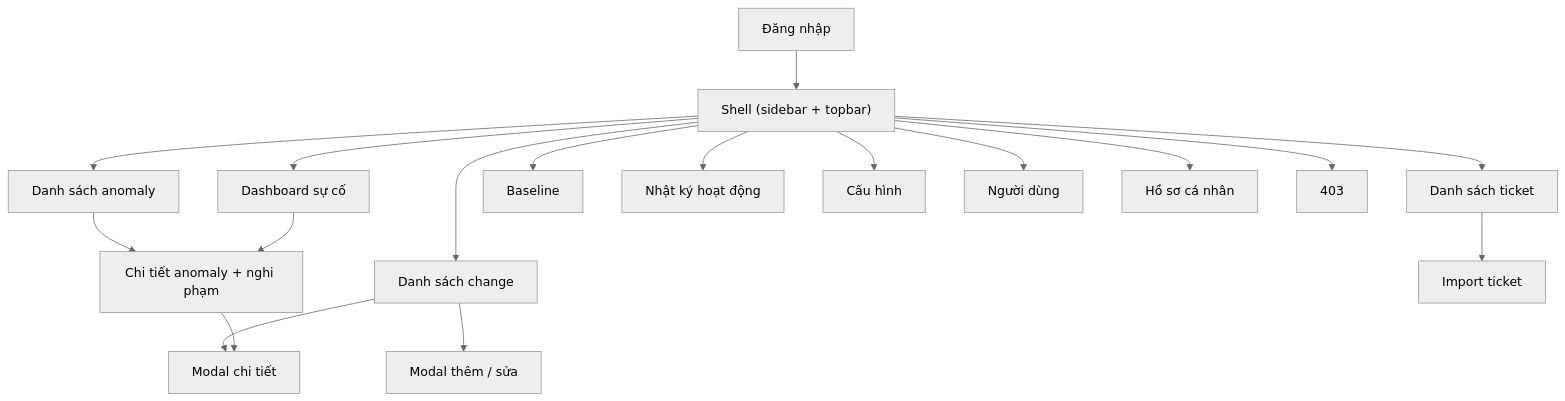
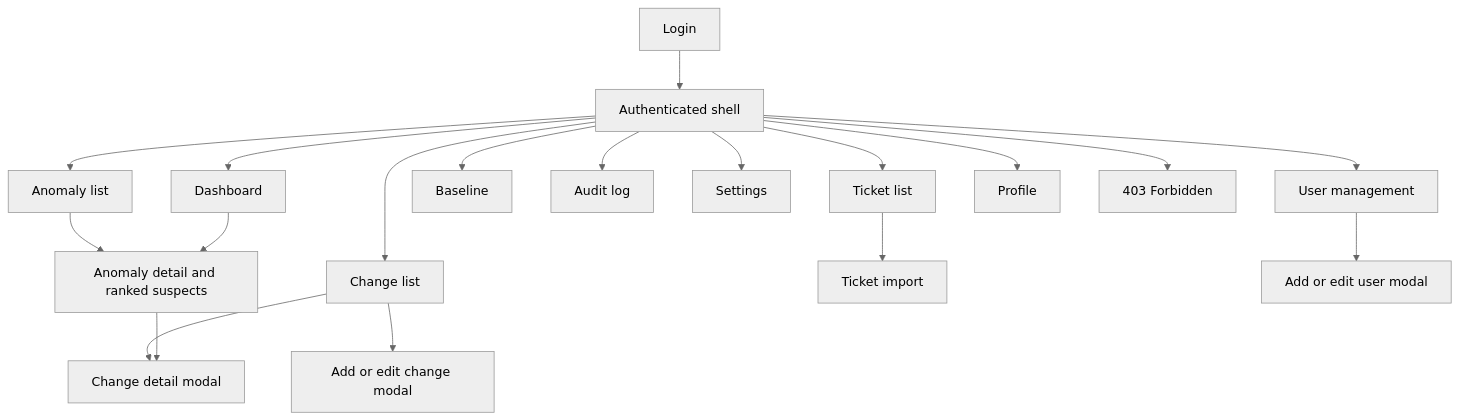
The third of 3 diagrams in README.md (DuykoNgu/practise), drawn with Mermaid (neutral theme) before and after one commit. The commit also changed other lines of this file and 5 other files, not shown here.

````diff
--- a/README.md
+++ b/README.md
@@ -133,20 +164,21 @@
 ```mermaid
 flowchart TB
-    Login["Đăng nhập"] --> Shell["Shell (sidebar + topbar)"]
-    Shell --> Dash["Dashboard sự cố"]
-    Shell --> Anom["Danh sách anomaly"]
-    Anom --> AnomDetail["Chi tiết anomaly + nghi phạm"]
-    Dash --> AnomDetail
-    Shell --> Chg["Danh sách change"]
-    Chg --> ChgForm["Modal thêm / sửa"]
-    Chg --> ChgDetail["Modal chi tiết"]
-    AnomDetail --> ChgDetail
-    Shell --> Tkt["Danh sách ticket"]
-    Tkt --> Imp["Import ticket"]
-    Shell --> Base["Baseline"]
-    Shell --> Audit["Nhật ký hoạt động"]
-    Shell --> Cfg["Cấu hình"]
-    Shell --> Users["Người dùng"]
-    Shell --> Profile["Hồ sơ cá nhân"]
-    Shell --> Forbidden["403"]
+    Login["Login"] --> Shell["Authenticated shell"]
+    Shell --> Dashboard["Dashboard"]
+    Shell --> Anomalies["Anomaly list"]
+    Anomalies --> AnomalyDetail["Anomaly detail and ranked suspects"]
+    Dashboard --> AnomalyDetail
+    Shell --> Changes["Change list"]
+    Changes --> ChangeForm["Add or edit change modal"]
+    Changes --> ChangeDetail["Change detail modal"]
+    AnomalyDetail --> ChangeDetail
+    Shell --> Tickets["Ticket list"]
+    Tickets --> Import["Ticket import"]
+    Shell --> Baseline["Baseline"]
+    Shell --> Audit["Audit log"]
+    Shell --> Settings["Settings"]
+    Shell --> Users["User management"]
+    Users --> UserForm["Add or edit user modal"]
+    Shell --> Profile["Profile"]
+    Shell --> Forbidden["403 Forbidden"]
 ```
````
